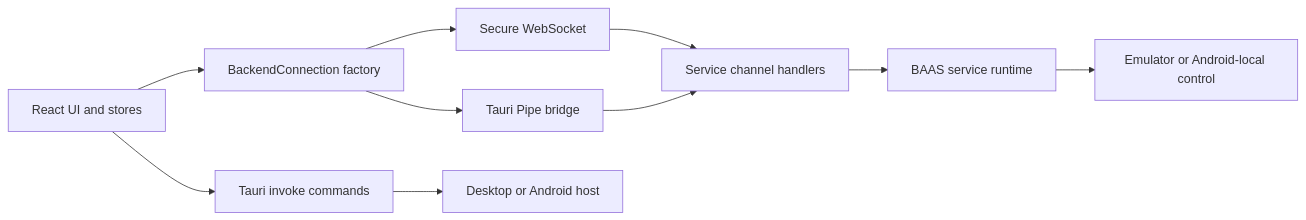
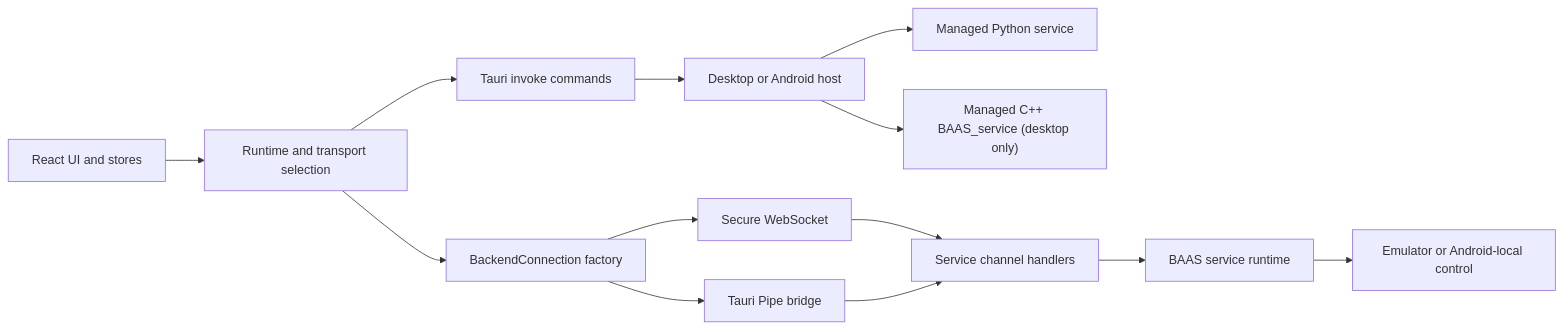
The diagram in docs/content/docs/en/api/overview.mdx (Kiramei/baas-tauri), drawn with Mermaid before and after one commit. The commit also changed other lines of this file and 27 other files, not shown here.

````diff
--- a/docs/content/docs/en/api/overview.mdx
+++ b/docs/content/docs/en/api/overview.mdx
@@ -10,12 +12,15 @@
 ```mermaid
 flowchart LR
-  UI["React UI and stores"] --> IPC["Tauri invoke commands"]
-  UI --> Factory["BackendConnection factory"]
+  UI["React UI and stores"] --> Selection["Runtime and transport selection"]
+  Selection --> IPC["Tauri invoke commands"]
+  Selection --> Factory["BackendConnection factory"]
   Factory --> WS["Secure WebSocket"]
   Factory --> Pipe["Tauri Pipe bridge"]
   IPC --> Host["Desktop or Android host"]
+  Host --> Python["Managed Python service"]
+  Host --> Cpp["Managed C++ BAAS_service (desktop only)"]
   WS --> Channels["Service channel handlers"]
   Pipe --> Channels
   Channels --> Runtime["BAAS service runtime"]
   Runtime --> Device["Emulator or Android-local control"]
 ```
````
